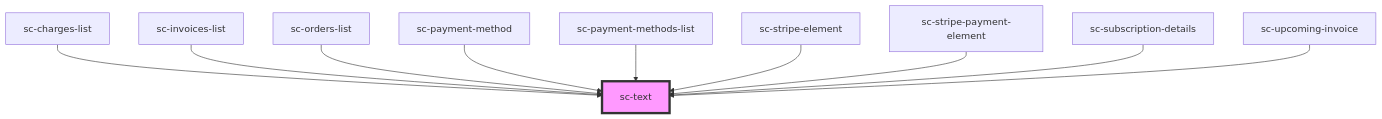
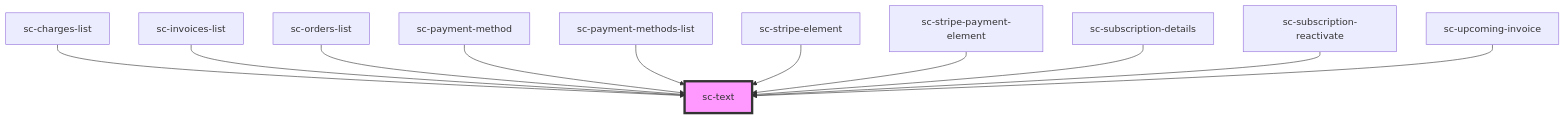
One commit to surecart/surecart-wp-plugin changed the diagram in packages/components/src/components/ui/text/readme.md. Above: the diagram before and after it, drawn with Mermaid. The commit also changed other lines of this file and 23 other files, not shown here.

Commit message:
Add a way to reactivate a cancelled subscription from the customer side.

````diff
--- a/packages/components/src/components/ui/text/readme.md
+++ b/packages/components/src/components/ui/text/readme.md
@@ -31,13 +32,14 @@
 ```mermaid
 graph TD;
   sc-charges-list --> sc-text
   sc-invoices-list --> sc-text
   sc-orders-list --> sc-text
   sc-payment-method --> sc-text
   sc-payment-methods-list --> sc-text
   sc-stripe-element --> sc-text
   sc-stripe-payment-element --> sc-text
   sc-subscription-details --> sc-text
+  sc-subscription-reactivate --> sc-text
   sc-upcoming-invoice --> sc-text
   style sc-text fill:#f9f,stroke:#333,stroke-width:4px
 ```
````
